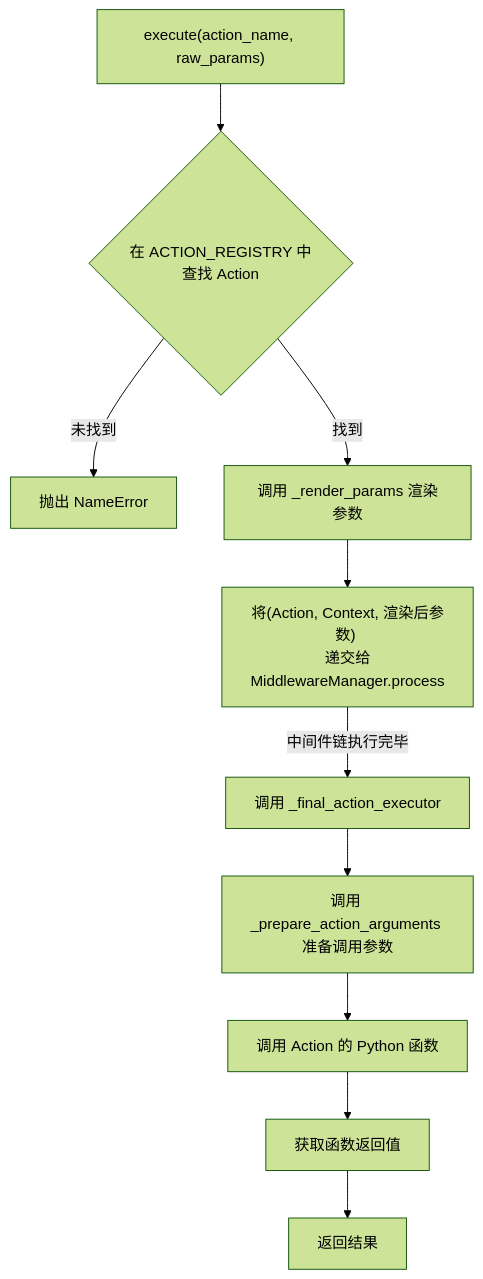
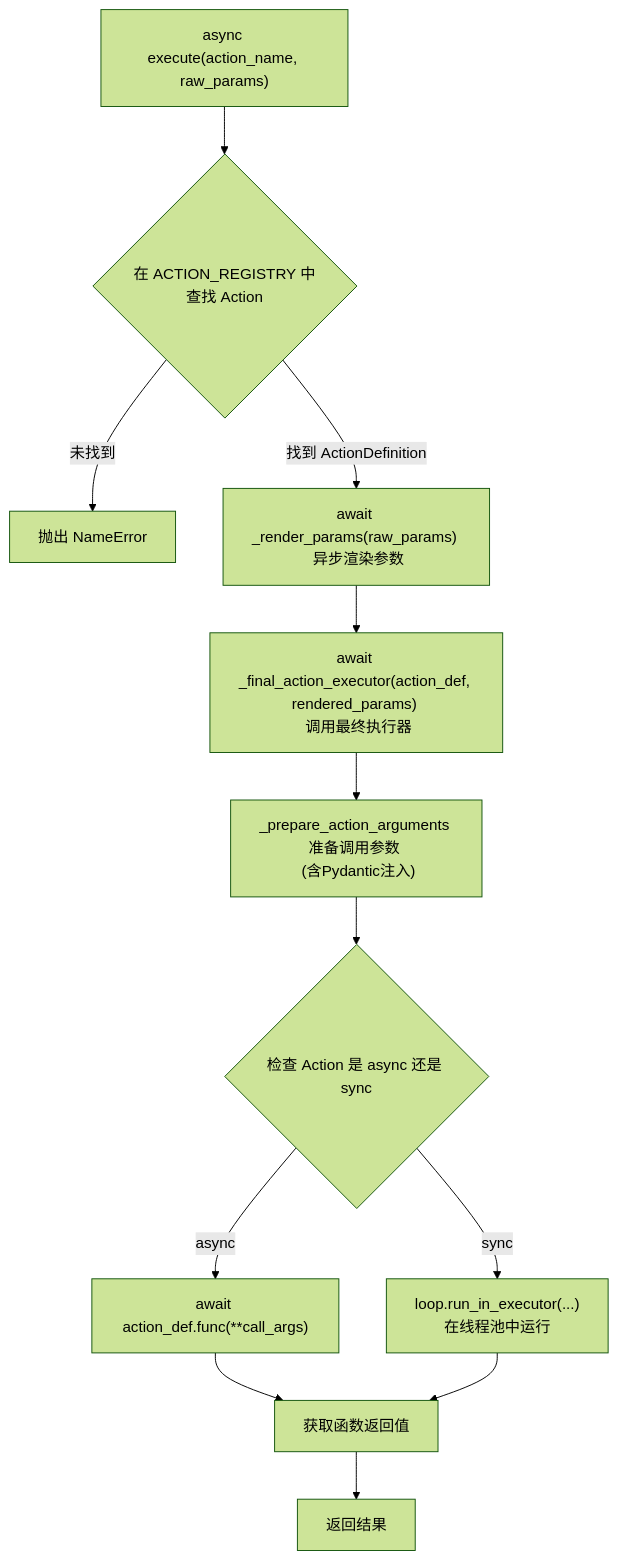
Before and after one commit to nightofknife/aura-framework: the second of 2 diagrams in readme/core_doc/action_injector.md, drawn with Mermaid (forest theme). The commit also changed other lines of this file and 6 other files, not shown here.

````diff
--- a/readme/core_doc/action_injector.md
+++ b/readme/core_doc/action_injector.md
@@ -88,12 +86,14 @@
 ```mermaid
 flowchart TD
-    Start["execute(action_name, raw_params)"] --> A{"在 ACTION_REGISTRY 中查找 Action"};
+    Start["async execute(action_name, raw_params)"] --> A{"在 ACTION_REGISTRY 中查找 Action"};
     A -- "未找到" --> B["抛出 NameError"];
-    A -- "找到" --> C["调用 _render_params 渲染参数"];
-    C --> D["将(Action, Context, 渲染后参数) <br> 递交给 MiddlewareManager.process"];
-    D -- "中间件链执行完毕" --> E["调用 _final_action_executor"];
-    E --> F["调用 _prepare_action_arguments 准备调用参数"];
-    F --> G["调用 Action 的 Python 函数"];
-    G --> H["获取函数返回值"];
-    H --> End["返回结果"];
+    A -- "找到 ActionDefinition" --> C["await _render_params(raw_params) <br> 异步渲染参数"];
+    C --> D["await _final_action_executor(action_def, rendered_params) <br> 调用最终执行器"];
+    D --> E["_prepare_action_arguments 准备调用参数 <br> (含Pydantic注入)"];
+    E --> F{"检查 Action 是 async 还是 sync"};
+    F -- "async" --> G["await action_def.func(**call_args)"];
+    F -- "sync" --> H["loop.run_in_executor(...) <br> 在线程池中运行"];
+    G --> I["获取函数返回值"];
+    H --> I;
+    I --> End["返回结果"];
 ```
````
